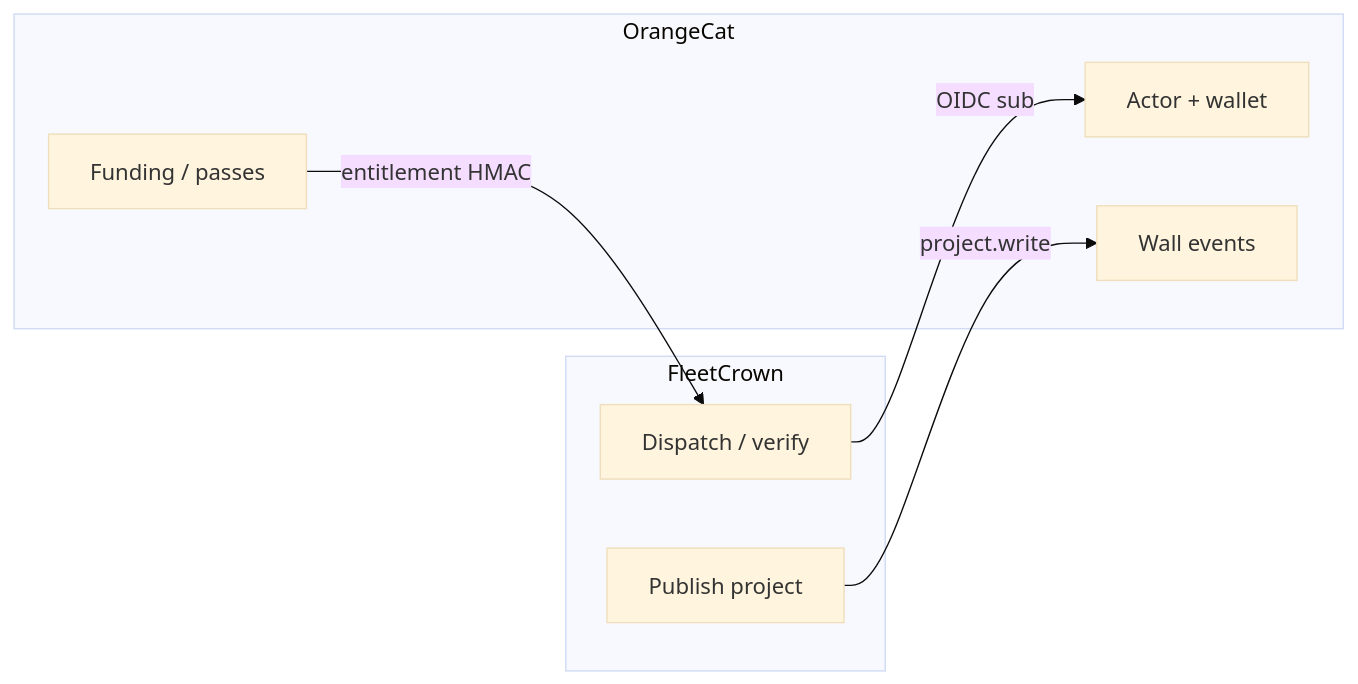
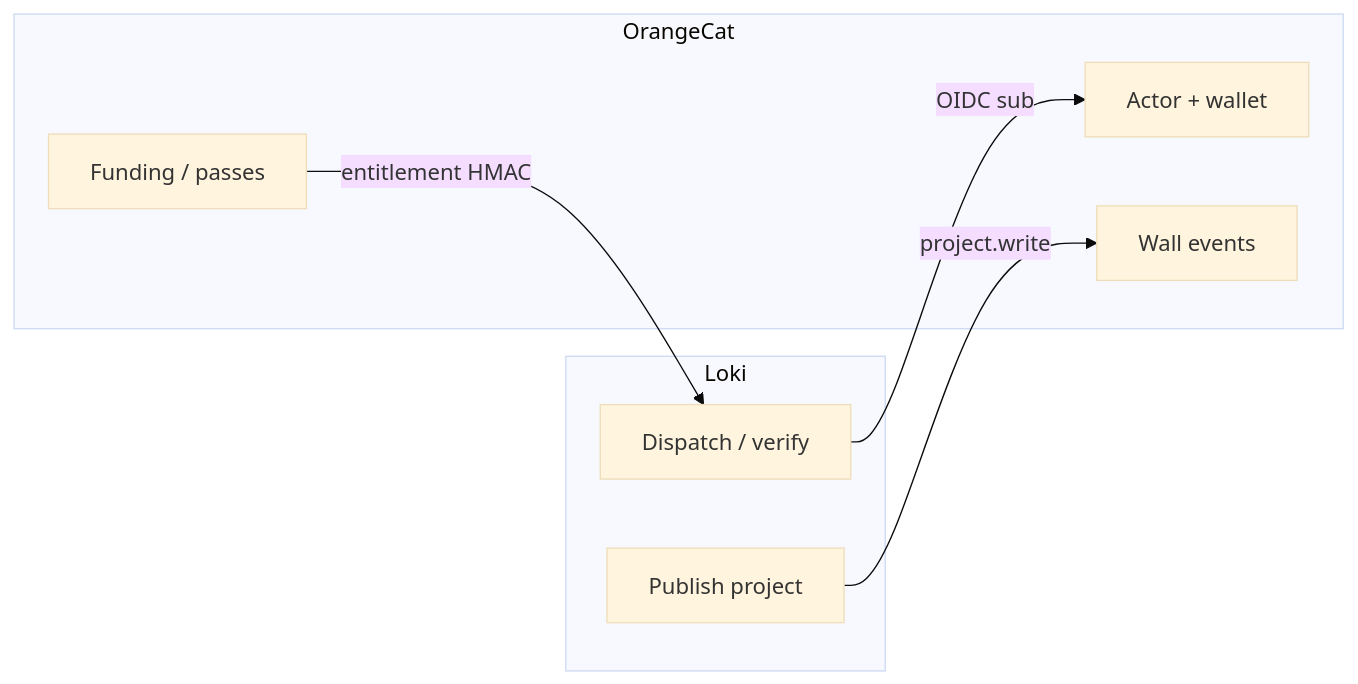
The diagram in content/thoughts/connected-not-joined-author-replies-to-muskrat.md (bitbaum/fleetcrown), drawn with Mermaid (base theme) before and after one commit. The commit also changed other lines of this file and 638 other files, not shown here.

First line of the commit message:
refactor: rename the product from FleetCrown to Loki

````diff
--- a/content/thoughts/connected-not-joined-author-replies-to-muskrat.md
+++ b/content/thoughts/connected-not-joined-author-replies-to-muskrat.md
@@ -83,15 +83,15 @@
 ```mermaid
 flowchart LR
-  subgraph production [FleetCrown]
+  subgraph production [Loki]
     Dispatch[Dispatch / verify]
     Publish[Publish project]
   end
   subgraph economy [OrangeCat]
     Actor[Actor + wallet]
     Wall[Wall events]
     Fund[Funding / passes]
   end
   Dispatch -->|OIDC sub| Actor
   Publish -->|project.write| Wall
   Fund -->|entitlement HMAC| Dispatch
 ```
````
